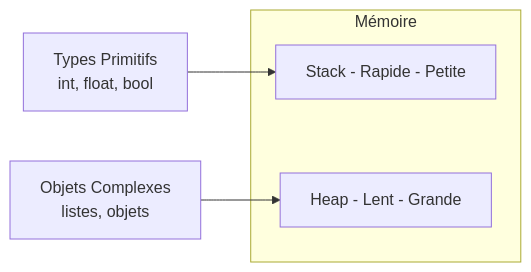
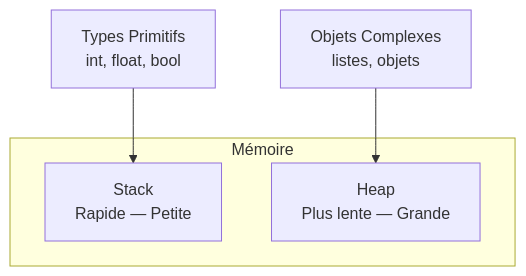
Before and after one commit to zyrass/omnydocs: the first of 3 diagrams in docs/bases/fondamentaux/heap-stack-references.md, drawn with Mermaid. The commit also changed other lines of this file and 12 other files, not shown here.

````diff
--- a/docs/bases/fondamentaux/heap-stack-references.md
+++ b/docs/bases/fondamentaux/heap-stack-references.md
@@ -56,10 +84,10 @@
 ```mermaid
-graph LR
-    subgraph Mémoire
-        Stack["Stack - Rapide - Petite"]
-        Heap["Heap - Lent - Grande"]
-    end
-    
-    Primitifs["Types Primitifs<br/>int, float, bool"] --> Stack
-    Objets["Objets Complexes<br/>listes, objets"] --> Heap
+flowchart TB
+  subgraph Mémoire
+    Stack["Stack<br />Rapide — Petite"]
+    Heap["Heap<br />Plus lente — Grande"]
+  end
+
+  Primitifs["Types Primitifs<br />int, float, bool"] --> Stack
+  Objets["Objets Complexes<br />listes, objets"] --> Heap
 ```
````
